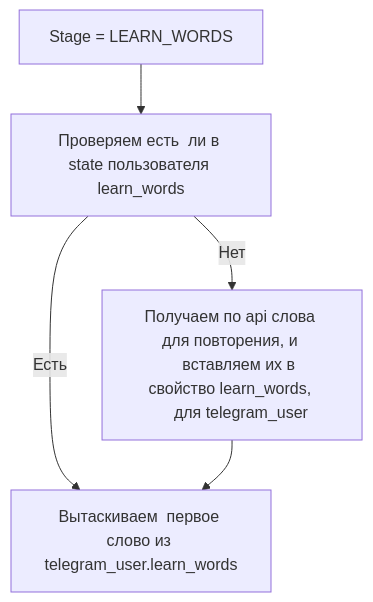
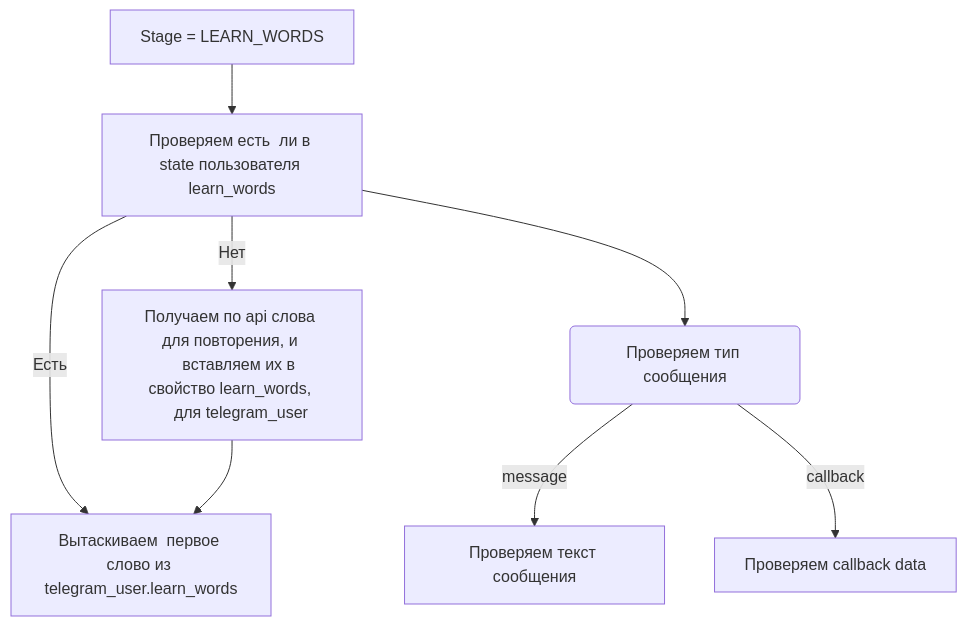
Before and after one commit to psgaiduk/learning_en_telegram_bot: the diagram in documentation/leran_words.md, drawn with Mermaid.

Commit message:
docs(documentation): add check type message

````diff
--- a/documentation/leran_words.md
+++ b/documentation/leran_words.md
@@ -1,11 +1,14 @@
 ```mermaid
 graph TD;
     start[Stage = LEARN_WORDS] --> check_state_words[Проверяем есть  ли в state пользователя learn_words];
     check_state_words-->|Нет| dont_have_words[
     Получаем по api слова для повторения, и 
     вставляем их в свойство learn_words, 
     для telegram_user
     ]
+    check_state_words --> check_type_message(Проверяем тип сообщения)
     check_state_words -->|Есть| get_first_word[Вытаскиваем  первое слово из telegram_user.learn_words]
     dont_have_words --> get_first_word
+    check_type_message --> |message| message_type_message[Проверяем текст сообщения]
+    check_type_message --> |callback| message_type_callback[Проверяем callback data]
 ```
````
